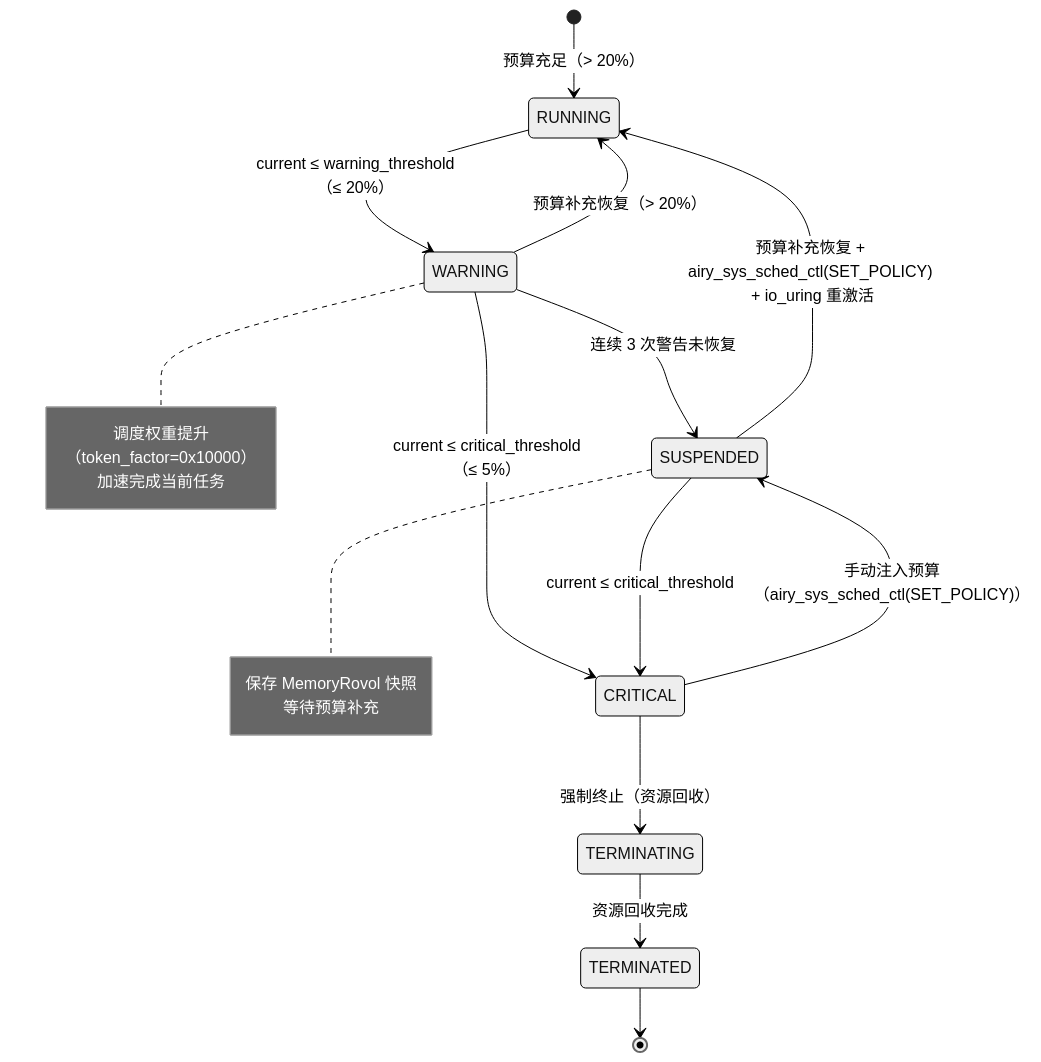
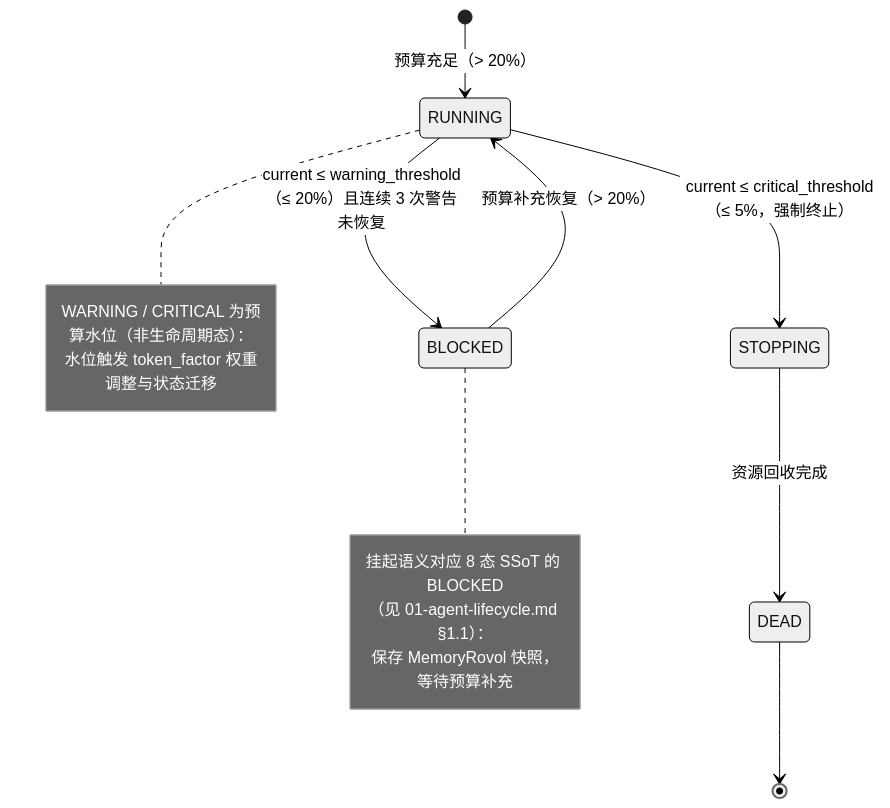
Before and after one commit to openairymax/docs: the second of 2 diagrams in AirymaxOS/140-application-development/04-token-budget.md, drawn with Mermaid (neutral theme). The commit also changed other lines of this file and 135 other files, not shown here.

````diff
--- a/AirymaxOS/140-application-development/04-token-budget.md
+++ b/AirymaxOS/140-application-development/04-token-budget.md
@@ -380,28 +380,21 @@
 ```mermaid
 stateDiagram-v2
     [*] --> RUNNING: 预算充足（> 20%）
 
-    RUNNING --> WARNING: current ≤ warning_threshold（≤ 20%）
-    WARNING --> RUNNING: 预算补充恢复（> 20%）
-    WARNING --> SUSPENDED: 连续 3 次警告未恢复
-    WARNING --> CRITICAL: current ≤ critical_threshold（≤ 5%）
+    RUNNING --> BLOCKED: current ≤ warning_threshold（≤ 20%）且连续 3 次警告未恢复
+    BLOCKED --> RUNNING: 预算补充恢复（> 20%）
+    RUNNING --> STOPPING: current ≤ critical_threshold（≤ 5%，强制终止）
+    STOPPING --> DEAD: 资源回收完成
+    DEAD --> [*]
 
-    SUSPENDED --> RUNNING: 预算补充恢复 + airy_sys_sched_ctl(SET_POLICY) + io_uring 重激活
-    SUSPENDED --> CRITICAL: current ≤ critical_threshold
-
-    CRITICAL --> TERMINATING: 强制终止（资源回收）
-    CRITICAL --> SUSPENDED: 手动注入预算（airy_sys_sched_ctl(SET_POLICY)）
-
-    TERMINATING --> TERMINATED: 资源回收完成
-    TERMINATED --> [*]
-
-    note right of WARNING
-        调度权重提升（token_factor=0x10000）
-        加速完成当前任务
+    note right of BLOCKED
+        挂起语义对应 8 态 SSoT 的 BLOCKED
+        （见 01-agent-lifecycle.md §1.1）：
+        保存 MemoryRovol 快照，等待预算补充
     end note
 
-    note right of SUSPENDED
-        保存 MemoryRovol 快照
-        等待预算补充
+    note right of RUNNING
+        WARNING / CRITICAL 为预算水位（非生命周期态）：
+        水位触发 token_factor 权重调整与状态迁移
     end note
 ```
````
